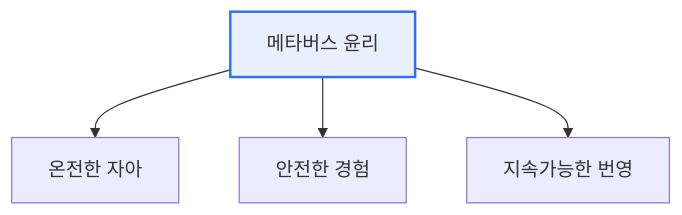
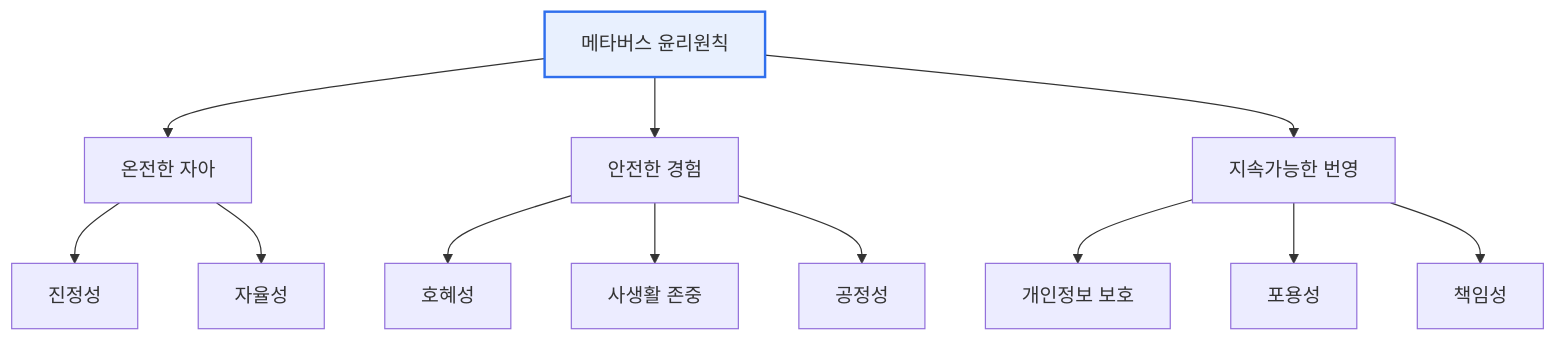
One commit to coninggu/wjdqhrhksflrltnftk changed the first of 2 diagrams in content/metaverse-ethics.md. Above: the diagram before and after it, drawn with Mermaid. The commit also changed other lines of this file and 3 other files, not shown here.

First line of the commit message:
Deepen 식별(Identification)과 인증(Authentication), 메타버스 윤리원칙 (auto)

````diff
--- a/content/metaverse-ethics.md
+++ b/content/metaverse-ethics.md
@@ -15,7 +25,15 @@
 ```mermaid
 flowchart TB
-  M[메타버스 윤리] --> V1[온전한 자아]
+  M[메타버스 윤리원칙] --> V1[온전한 자아]
   M --> V2[안전한 경험]
   M --> V3[지속가능한 번영]
+  V1 --> P1[진정성]
+  V1 --> P2[자율성]
+  V2 --> P3[호혜성]
+  V2 --> P4[사생활 존중]
+  V2 --> P5[공정성]
+  V3 --> P6[개인정보 보호]
+  V3 --> P7[포용성]
+  V3 --> P8[책임성]
   style M fill:#e8f0fe,stroke:#2f6fed,stroke-width:2px
 ```
````
